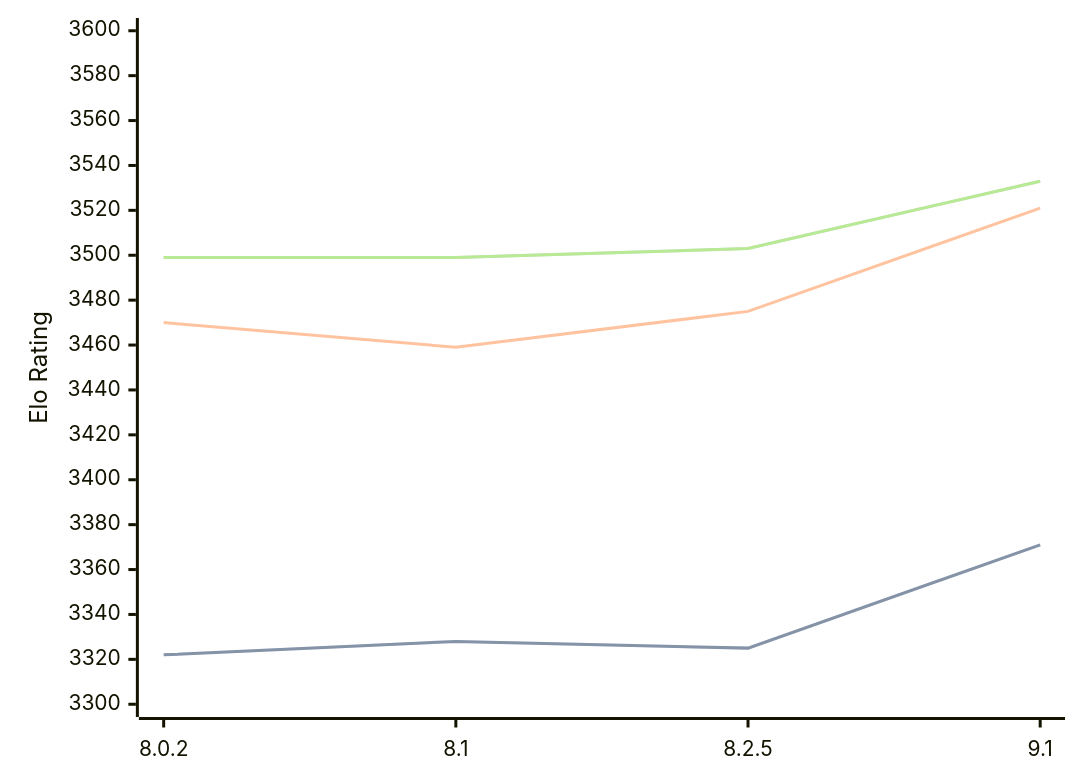
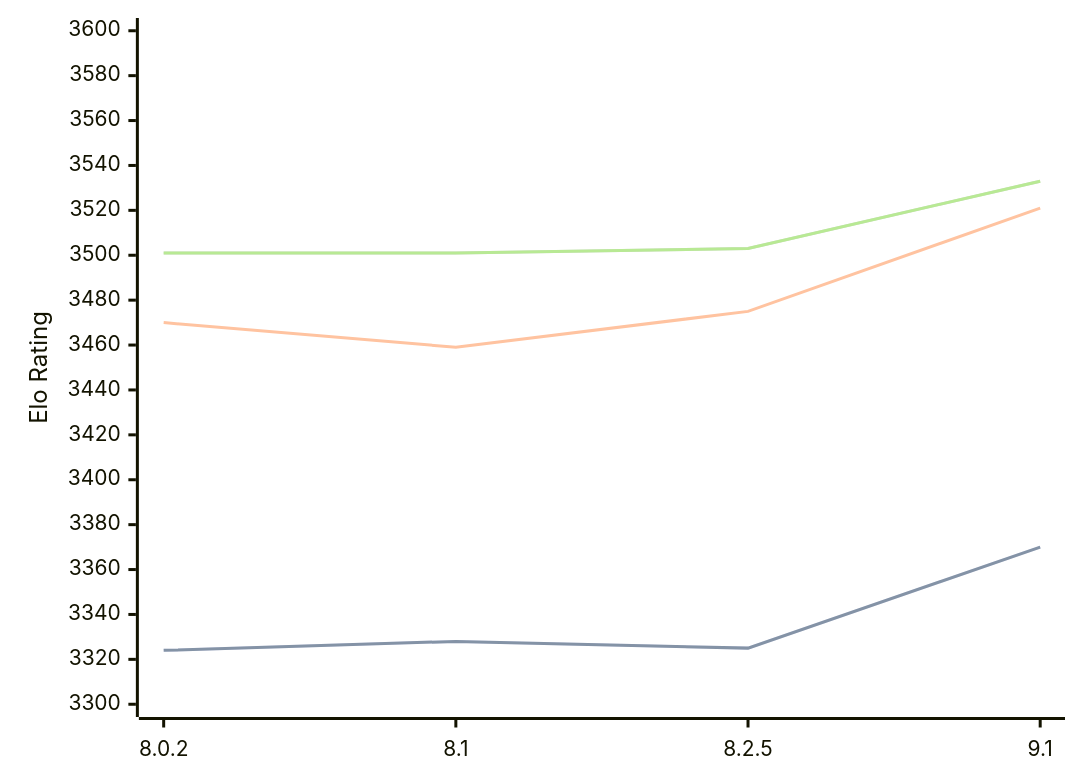
One commit to computer-chess-index/cci changed the third of 3 diagrams in engines/Clover.md. Above: the diagram before and after it, drawn with Mermaid. The commit also changed other lines of this file, not shown here.

Commit message:
Update CCI Ratings (ELO VLTC) - 2026-07-18

````diff
--- a/engines/Clover.md
+++ b/engines/Clover.md
@@ -97,11 +97,11 @@
 ```mermaid
 %%{init: {"theme":"base","themeVariables":{"seriesColors:['#a3a3a3','#222221','#faa371']}}}%%
 xychart-beta
   x-axis ["8.0.2", "8.1", "8.2.5", "9.1"]
   y-axis "Elo Rating" 3300 --> 3600
-  line "STC (8.0+0.08s)" [3322, 3328, 3325, 3371]
-  line "STC (8.0+0.08s)" [3322, 3328, 3325, 3371]
+  line "STC (8.0+0.08s)" [3324, 3328, 3325, 3370]
+  line "STC (8.0+0.08s)" [3324, 3328, 3325, 3370]
   line "LTC (60.0+0.60s)" [3470, 3459, 3475, 3521]
-  line "VLTC (2m24s+1.12s)" [3499, 3499, 3503, 3533]
-  line "VLTC (2m24s+1.12s)" [3499, 3499, 3503, 3533]
+  line "VLTC (2m24s+1.12s)" [3501, 3501, 3503, 3533]
+  line "VLTC (2m24s+1.12s)" [3501, 3501, 3503, 3533]
 ```
````
